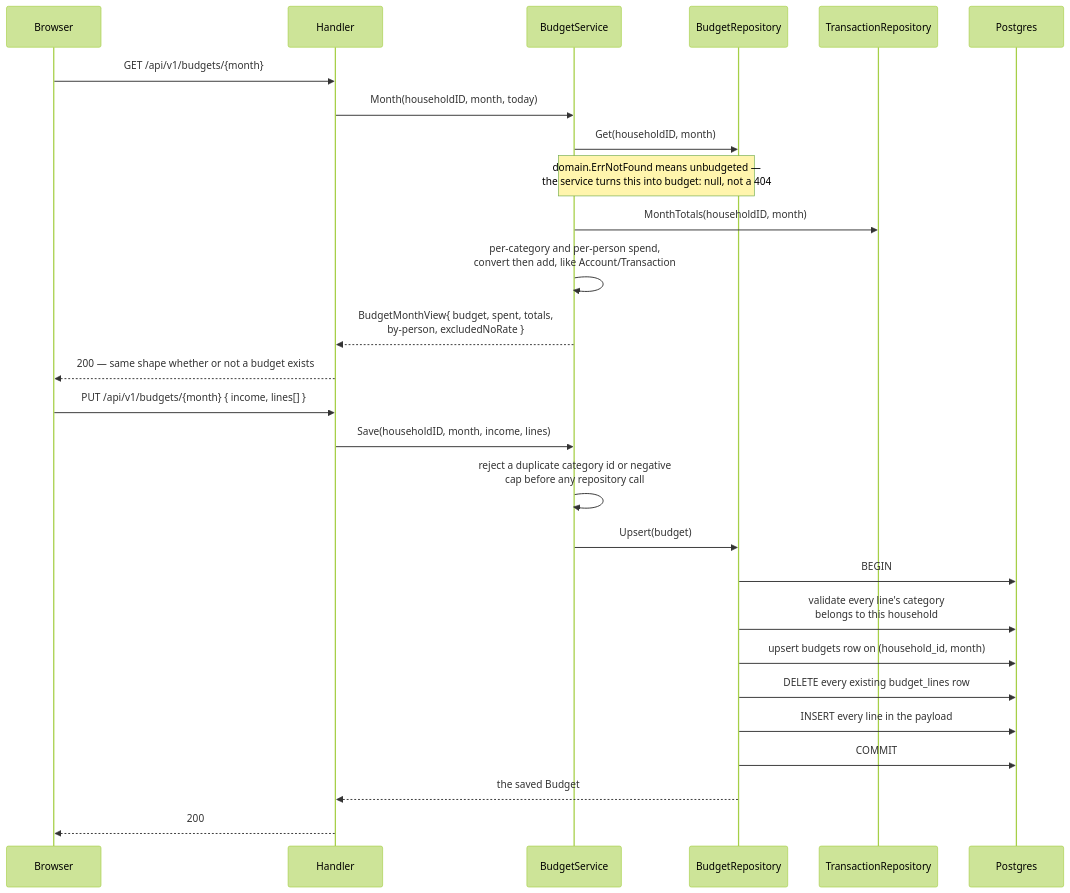
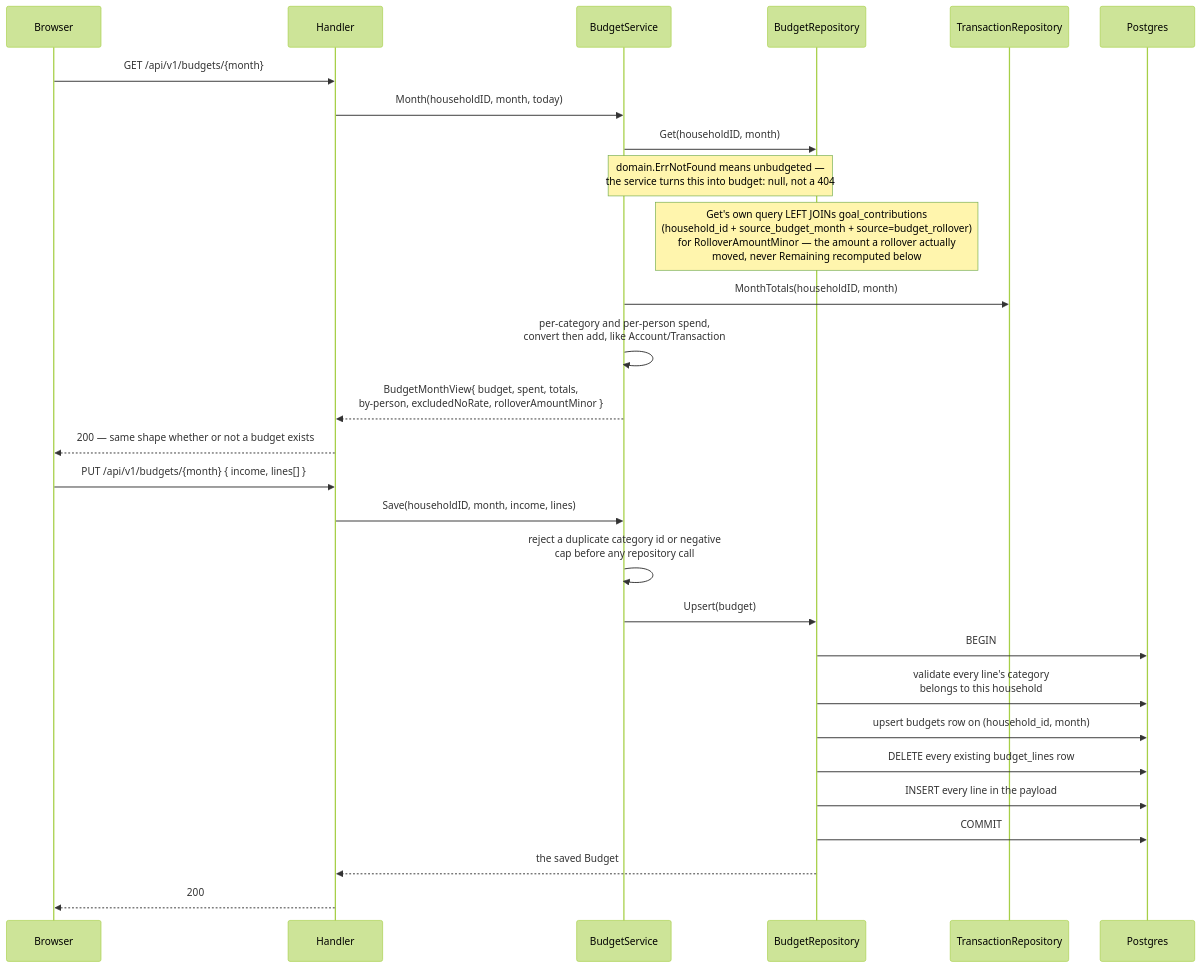
One commit to oandrz/Household changed the tenth of 13 diagrams in docs/SYSTEM_DESIGN.md. Above: the diagram before and after it, drawn with Mermaid (forest theme). The commit also changed other lines of this file and 25 other files, not shown here.

````diff
--- a/docs/SYSTEM_DESIGN.md
+++ b/docs/SYSTEM_DESIGN.md
@@ -680,31 +680,32 @@
 ```mermaid
 sequenceDiagram
     participant B as Browser
     participant H as Handler
     participant Svc as BudgetService
     participant Repo as BudgetRepository
     participant TxnRepo as TransactionRepository
     participant DB as Postgres
 
     B->>H: GET /api/v1/budgets/{month}
     H->>Svc: Month(householdID, month, today)
     Svc->>Repo: Get(householdID, month)
     Note over Svc,Repo: domain.ErrNotFound means unbudgeted —<br/>the service turns this into budget: null, not a 404
+    Note over Repo: Get's own query LEFT JOINs goal_contributions<br/>(household_id + source_budget_month + source=budget_rollover)<br/>for RolloverAmountMinor — the amount a rollover actually<br/>moved, never Remaining recomputed below
     Svc->>TxnRepo: MonthTotals(householdID, month)
     Svc->>Svc: per-category and per-person spend,<br/>convert then add, like Account/Transaction
-    Svc-->>H: BudgetMonthView{ budget, spent, totals,<br/>by-person, excludedNoRate }
+    Svc-->>H: BudgetMonthView{ budget, spent, totals,<br/>by-person, excludedNoRate, rolloverAmountMinor }
     H-->>B: 200 — same shape whether or not a budget exists
 
     B->>H: PUT /api/v1/budgets/{month} { income, lines[] }
     H->>Svc: Save(householdID, month, income, lines)
     Svc->>Svc: reject a duplicate category id or negative<br/>cap before any repository call
     Svc->>Repo: Upsert(budget)
     Repo->>DB: BEGIN
     Repo->>DB: validate every line's category<br/>belongs to this household
     Repo->>DB: upsert budgets row on (household_id, month)
     Repo->>DB: DELETE every existing budget_lines row
     Repo->>DB: INSERT every line in the payload
     Repo->>DB: COMMIT
     Repo-->>H: the saved Budget
     H-->>B: 200
 ```
````
